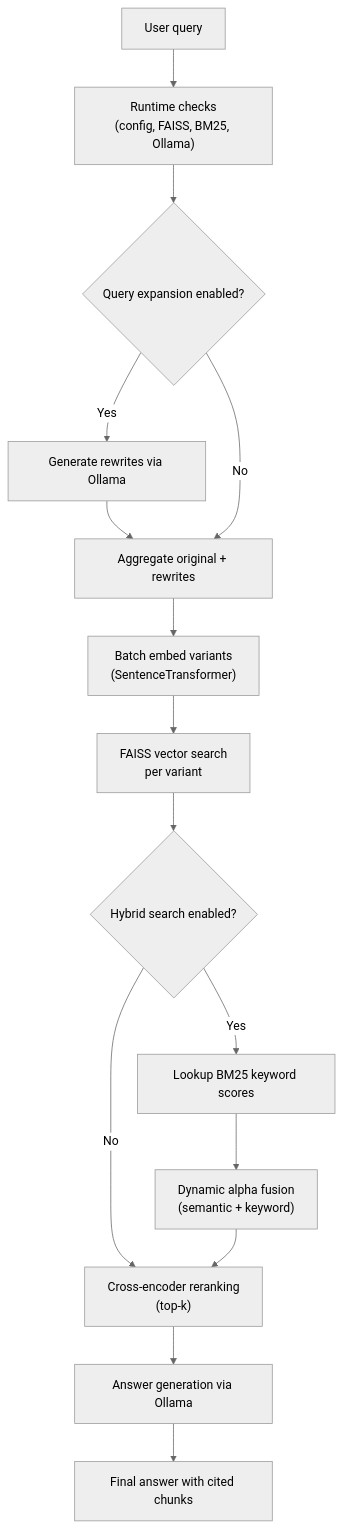
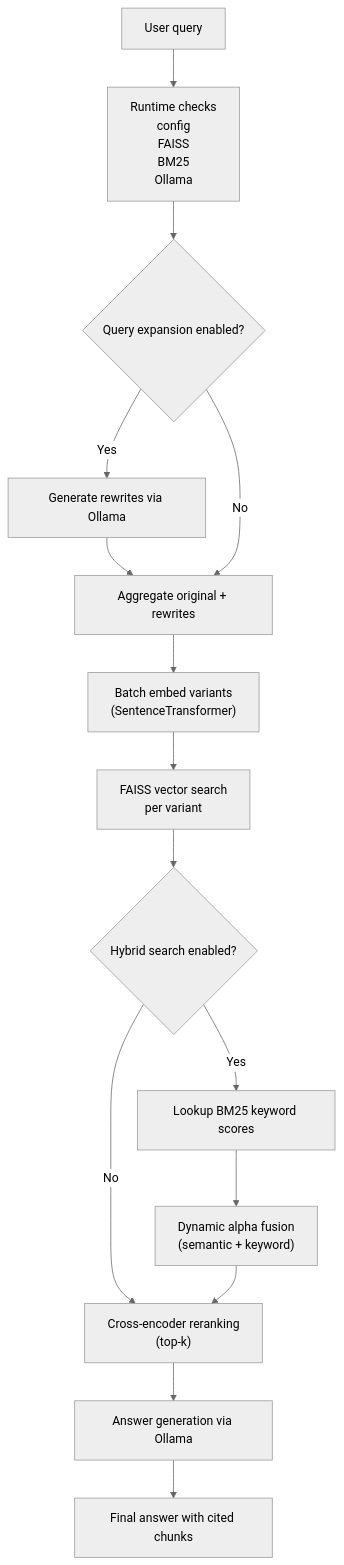
One commit to psarno/PyRagix changed the first of 2 diagrams in README.md. Above: the diagram before and after it, drawn with Mermaid (neutral theme). The commit also changed other lines of this file, not shown here.

Commit message:
Format mermaid diagrams.

````diff
--- a/README.md
+++ b/README.md
@@ -23,17 +23,17 @@
 ```mermaid
 flowchart TD
-    Q["User query"] --> Validate["Runtime checks<br/>(config, FAISS, BM25, Ollama)"]
+    Q["User query"] --> Validate["Runtime checks<br/>config<br/>FAISS<br/>BM25<br/>Ollama"]
     Validate --> Expand{"Query expansion enabled?"}
     Expand -->|Yes| Gen["Generate rewrites via Ollama"]
     Gen --> Variants["Aggregate original + rewrites"]
     Expand -->|No| Variants
     Variants --> Embed["Batch embed variants<br/>(SentenceTransformer)"]
     Embed --> SearchFAISS["FAISS vector search<br/>per variant"]
     SearchFAISS --> Hybrid{"Hybrid search enabled?"}
     Hybrid -->|Yes| BM25["Lookup BM25 keyword scores"]
     BM25 --> Fuse["Dynamic alpha fusion<br/>(semantic + keyword)"]
     Hybrid -->|No| Rerank
     Fuse --> Rerank["Cross-encoder reranking<br/>(top-k)"]
     Rerank --> Answer["Answer generation via Ollama"]
     Answer --> Output["Final answer with cited chunks"]
 ```
````
